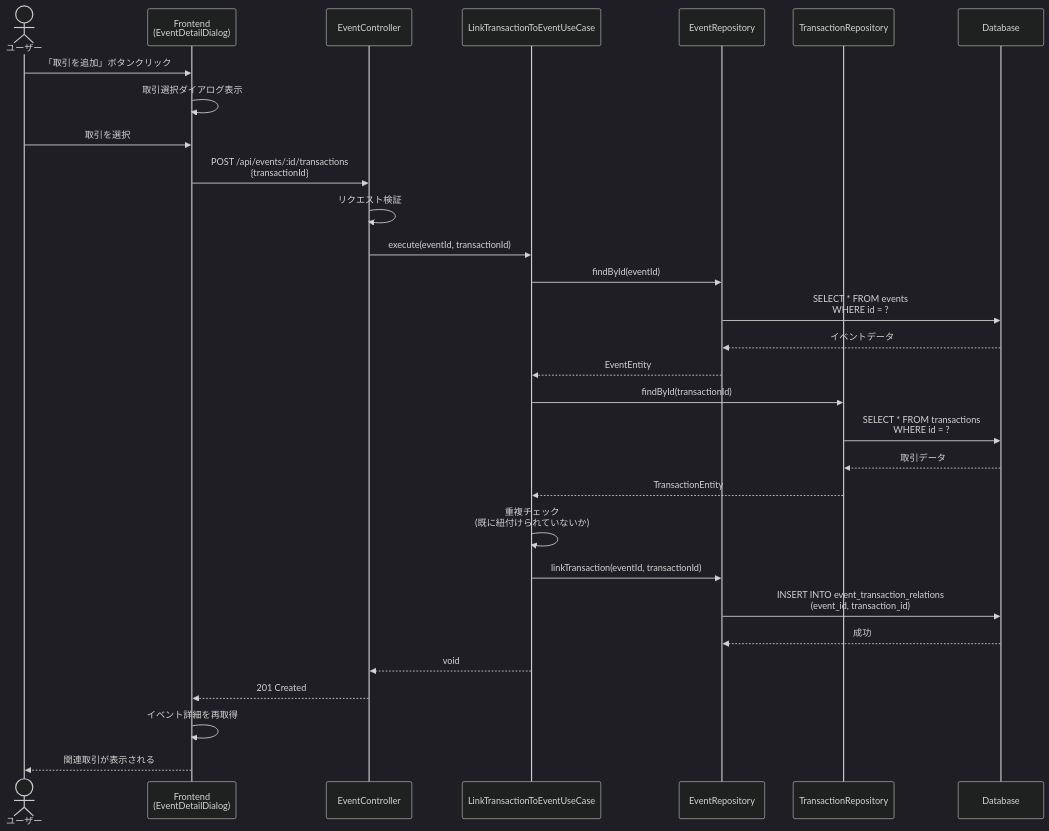
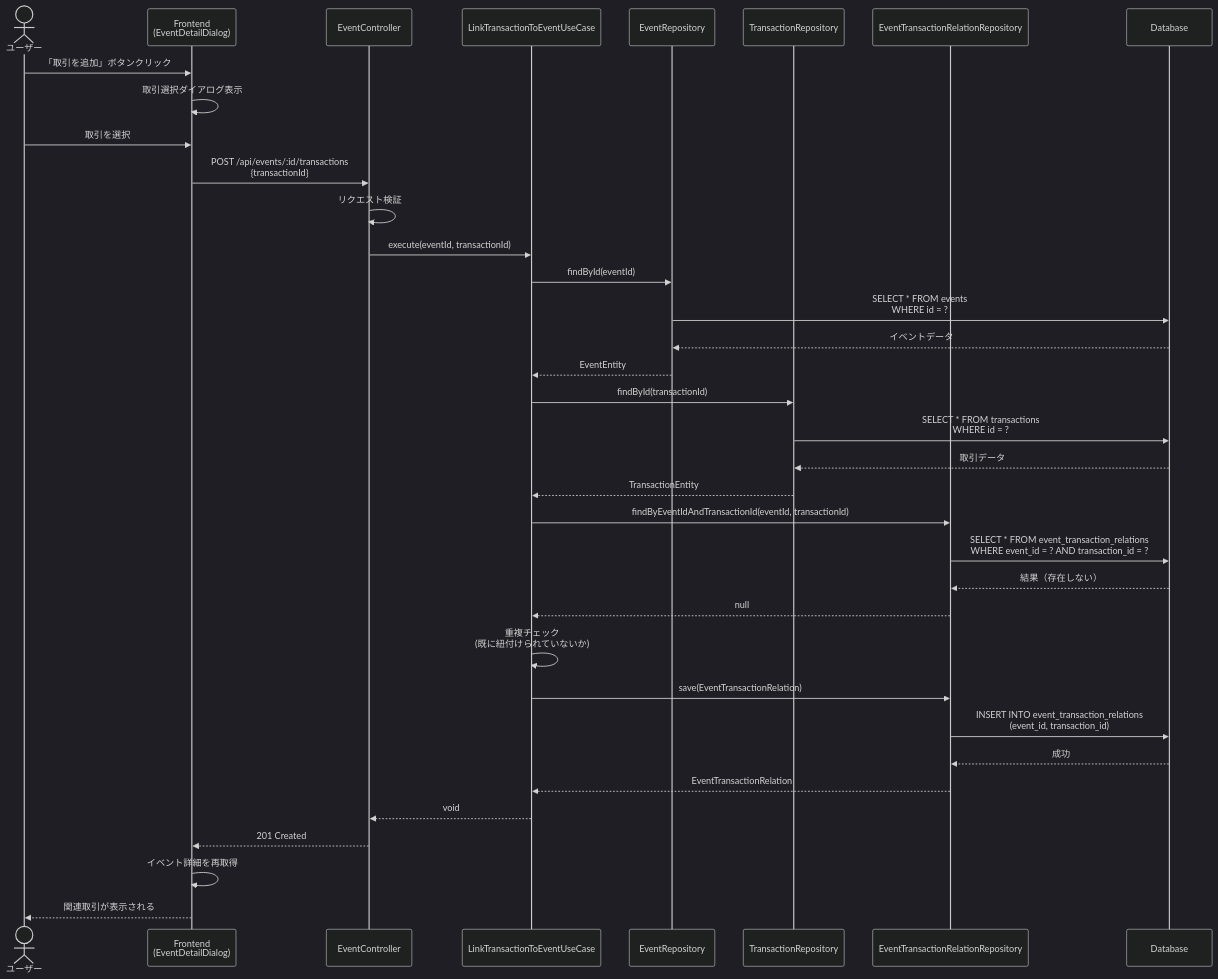
One commit to kencom2400/account-book changed the sixth of 9 diagrams in docs/detailed-design/FR-021_event-memo/sequence-diagrams.md. Above: the diagram before and after it, drawn with Mermaid (dark theme). The commit also changed other lines of this file and 3 other files, not shown here.

````diff
--- a/docs/detailed-design/FR-021_event-memo/sequence-diagrams.md
+++ b/docs/detailed-design/FR-021_event-memo/sequence-diagrams.md
@@ -369,41 +371,48 @@
 ```mermaid
 sequenceDiagram
     actor User as ユーザー
     participant FE as Frontend<br/>(EventDetailDialog)
     participant API as EventController
     participant UC as LinkTransactionToEventUseCase
     participant EventRepo as EventRepository
     participant TransRepo as TransactionRepository
+    participant RelationRepo as EventTransactionRelationRepository
     participant DB as Database
 
     User->>FE: 「取引を追加」ボタンクリック
     FE->>FE: 取引選択ダイアログ表示
 
     User->>FE: 取引を選択
     FE->>API: POST /api/events/:id/transactions<br/>{transactionId}
 
     API->>API: リクエスト検証
     API->>UC: execute(eventId, transactionId)
 
     UC->>EventRepo: findById(eventId)
     EventRepo->>DB: SELECT * FROM events<br/>WHERE id = ?
     DB-->>EventRepo: イベントデータ
     EventRepo-->>UC: EventEntity
 
     UC->>TransRepo: findById(transactionId)
     TransRepo->>DB: SELECT * FROM transactions<br/>WHERE id = ?
     DB-->>TransRepo: 取引データ
     TransRepo-->>UC: TransactionEntity
 
+    UC->>RelationRepo: findByEventIdAndTransactionId(eventId, transactionId)
+    RelationRepo->>DB: SELECT * FROM event_transaction_relations<br/>WHERE event_id = ? AND transaction_id = ?
+    DB-->>RelationRepo: 結果（存在しない）
+    RelationRepo-->>UC: null
+
     UC->>UC: 重複チェック<br/>(既に紐付けられていないか)
 
-    UC->>EventRepo: linkTransaction(eventId, transactionId)
-    EventRepo->>DB: INSERT INTO event_transaction_relations<br/>(event_id, transaction_id)
-    DB-->>EventRepo: 成功
+    UC->>RelationRepo: save(EventTransactionRelation)
+    RelationRepo->>DB: INSERT INTO event_transaction_relations<br/>(event_id, transaction_id)
+    DB-->>RelationRepo: 成功
+    RelationRepo-->>UC: EventTransactionRelation
 
     UC-->>API: void
     API-->>FE: 201 Created
 
     FE->>FE: イベント詳細を再取得
     FE-->>User: 関連取引が表示される
 ```
````
